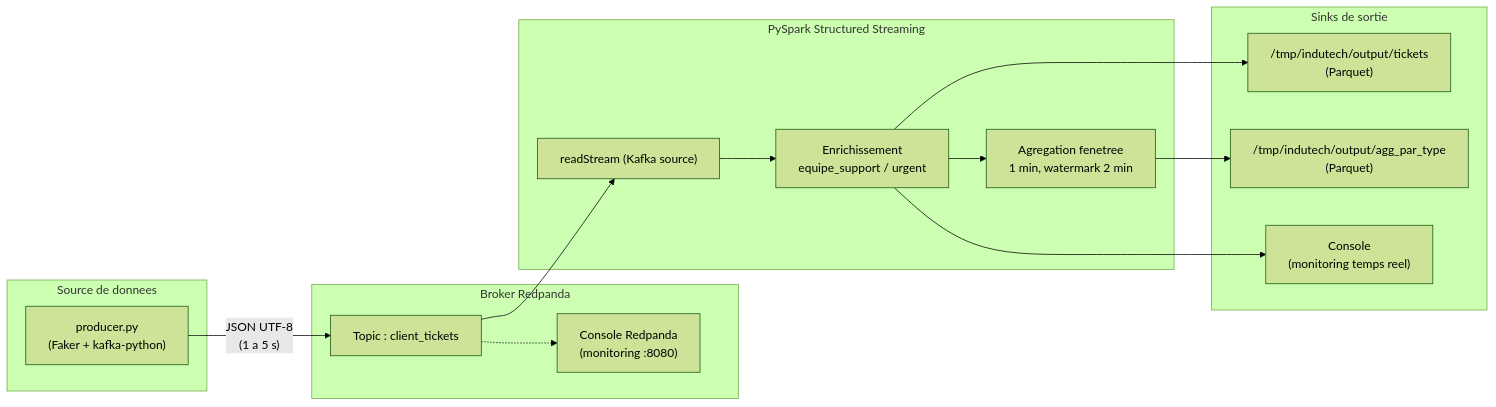
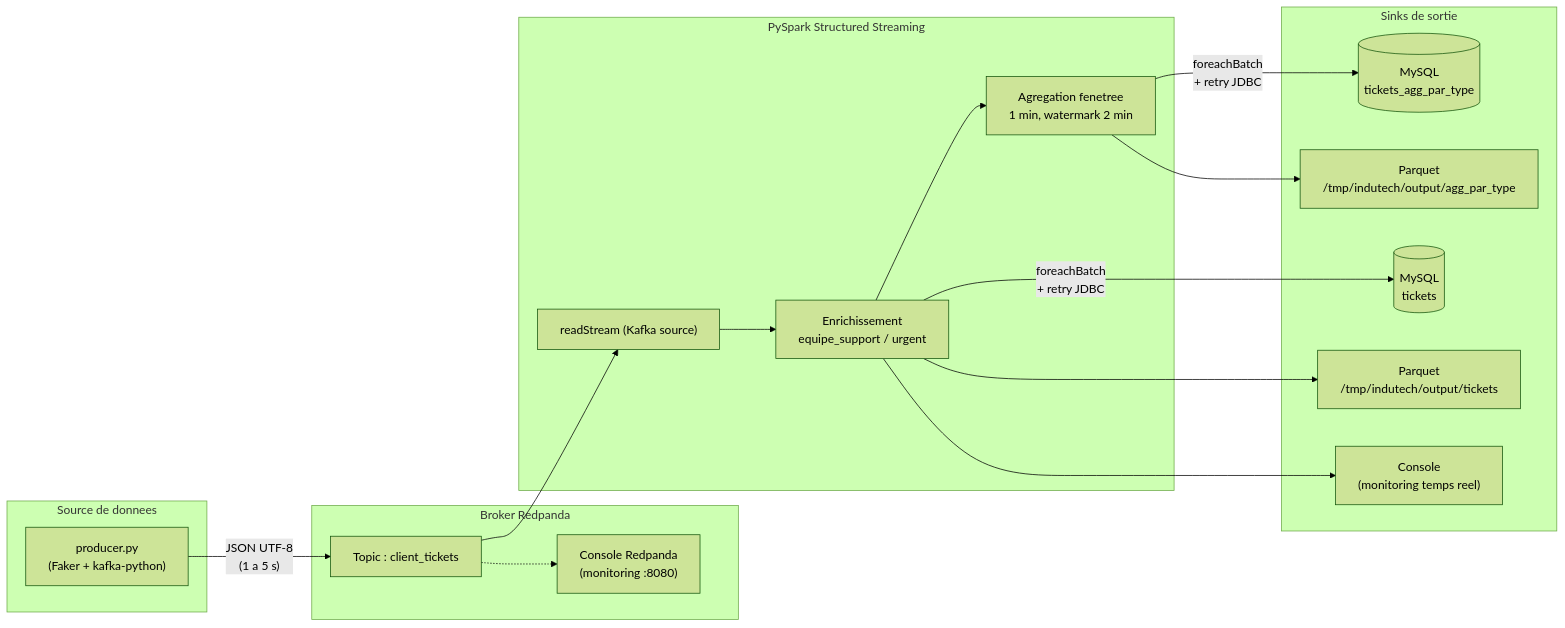
The diagram in README.md (mcourte/DE_Projet_9), drawn with Mermaid (forest theme) before and after one commit. The commit also changed other lines of this file and 3 other files, not shown here.

````diff
--- a/README.md
+++ b/README.md
@@ -12,32 +13,36 @@
 ```mermaid
 flowchart LR
     subgraph Source["Source de donnees"]
         P["producer.py<br/>(Faker + kafka-python)"]
     end
 
     subgraph Broker["Broker Redpanda"]
         T["Topic : client_tickets"]
         C["Console Redpanda<br/>(monitoring :8080)"]
     end
 
     subgraph Spark["PySpark Structured Streaming"]
         R["readStream (Kafka source)"]
         E["Enrichissement<br/>equipe_support / urgent"]
         A["Agregation fenetree<br/>1 min, watermark 2 min"]
     end
 
     subgraph Sinks["Sinks de sortie"]
-        O1["/tmp/indutech/output/tickets<br/>(Parquet)"]
-        O2["/tmp/indutech/output/agg_par_type<br/>(Parquet)"]
+        M1[("MySQL<br/>tickets")]
+        M2[("MySQL<br/>tickets_agg_par_type")]
+        O1["Parquet<br/>/tmp/indutech/output/tickets"]
+        O2["Parquet<br/>/tmp/indutech/output/agg_par_type"]
         O3["Console<br/>(monitoring temps reel)"]
     end
 
     P -- "JSON UTF-8<br/>(1 a 5 s)" --> T
     T --> R
     T -.-> C
     R --> E
     E --> A
+    E -- "foreachBatch<br/>+ retry JDBC" --> M1
+    A -- "foreachBatch<br/>+ retry JDBC" --> M2
     E --> O1
     A --> O2
     E --> O3
 ```
````
